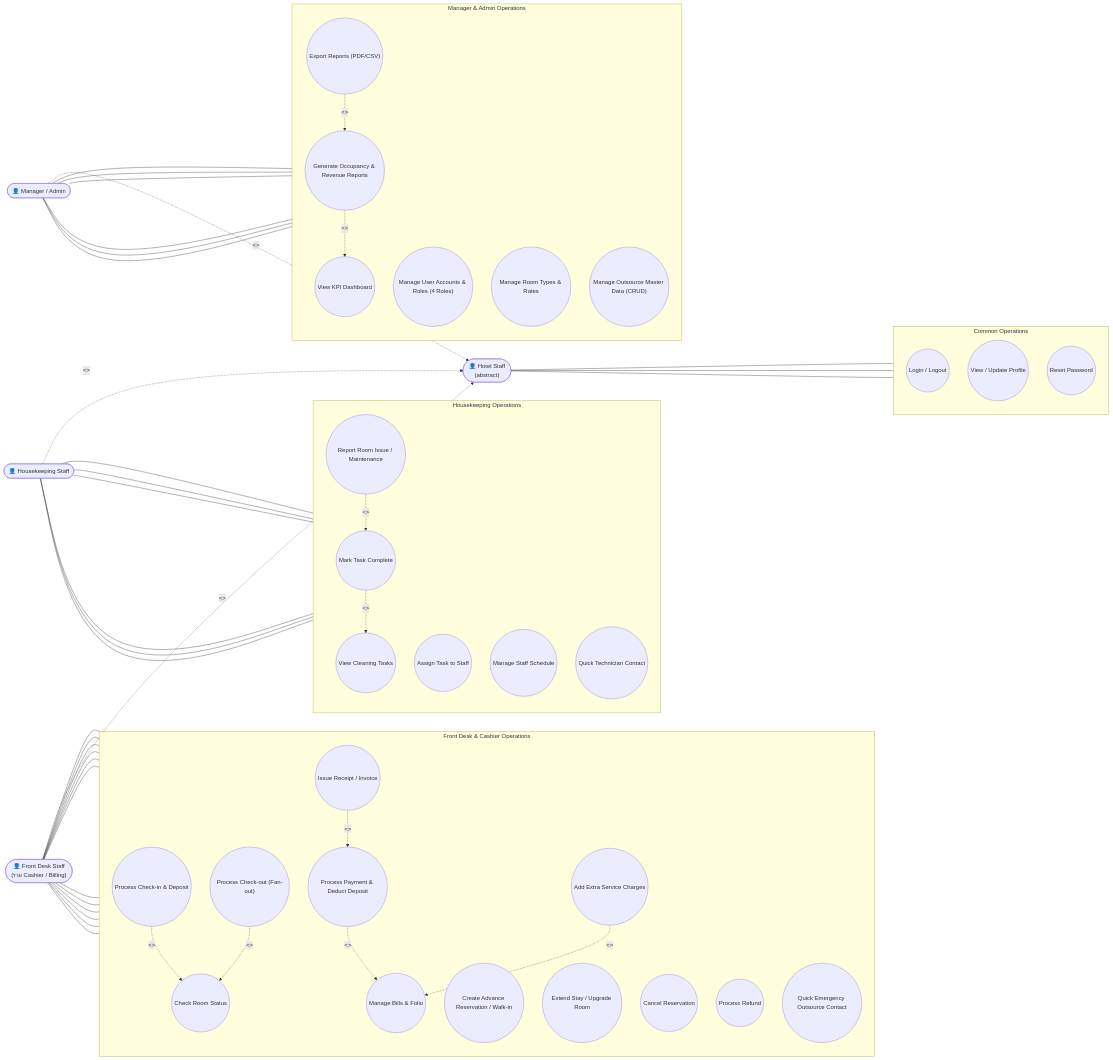
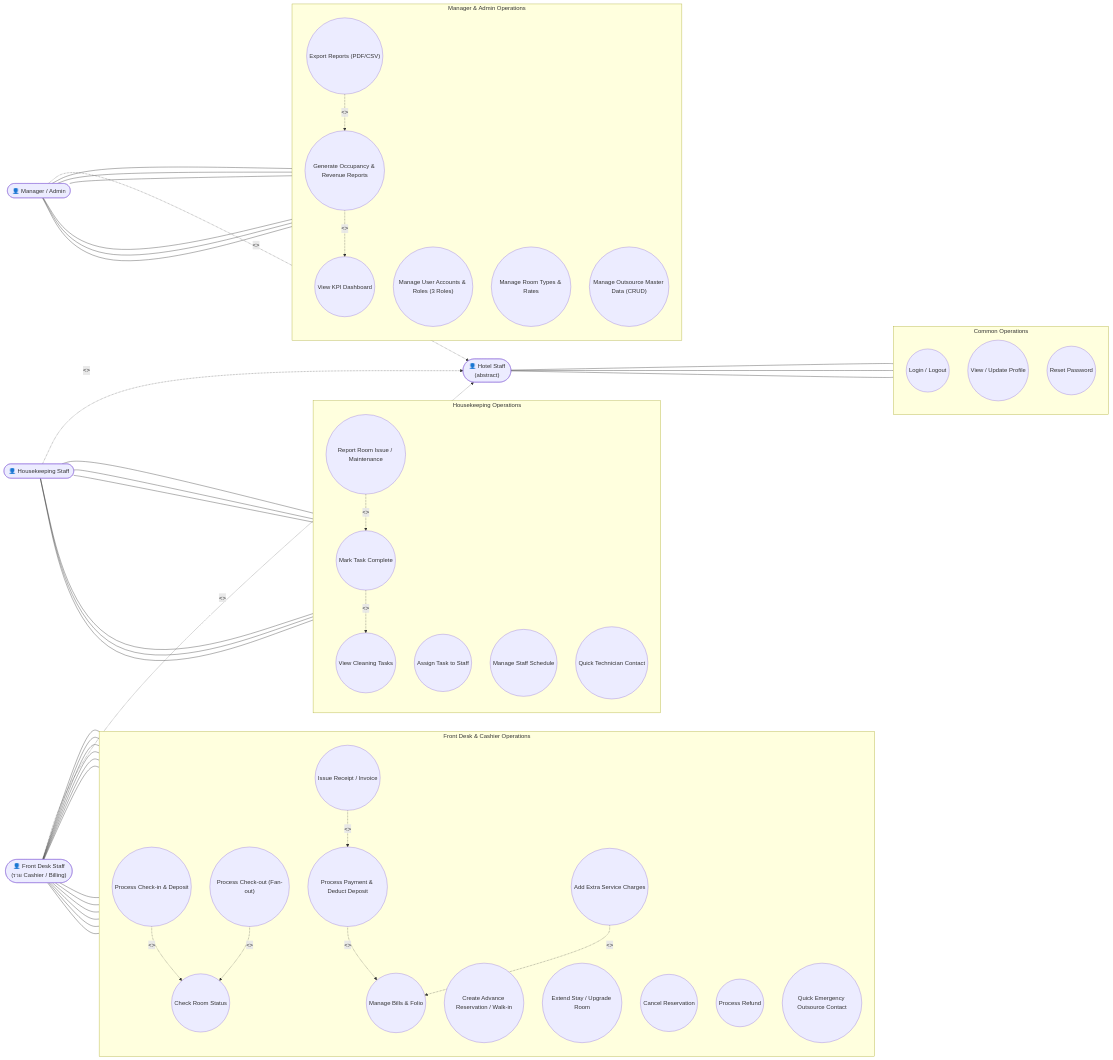
The first of 22 diagrams in docs/Hotel_Management_System_updated.md (csi204/keystay), drawn with Mermaid before and after one commit. The commit also changed other lines of this file and 28 other files, not shown here.

```diff
--- a/docs/Hotel_Management_System_updated.md
+++ b/docs/Hotel_Management_System_updated.md
@@ -287,7 +287,7 @@
     subgraph AdminUC["Manager & Admin Operations"]
         direction TB
         UC_AdminDashboard(("View KPI Dashboard"))
-        UC_ManageUsers(("Manage User Accounts & Roles (4 Roles)"))
+        UC_ManageUsers(("Manage User Accounts & Roles (3 Roles)"))
         UC_ManageRoomTypes(("Manage Room Types & Rates"))
         UC_ManageOutsource(("Manage Outsource Master Data (CRUD)"))
         UC_ViewReports(("Generate Occupancy & Revenue Reports"))
```
